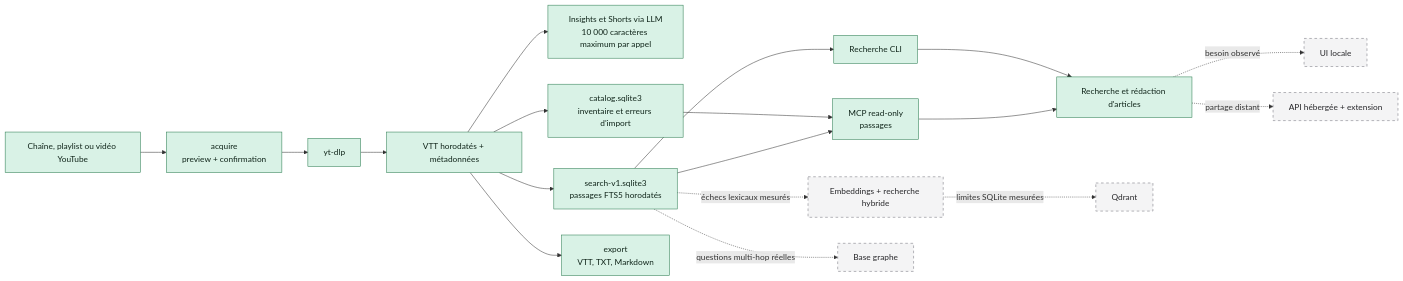
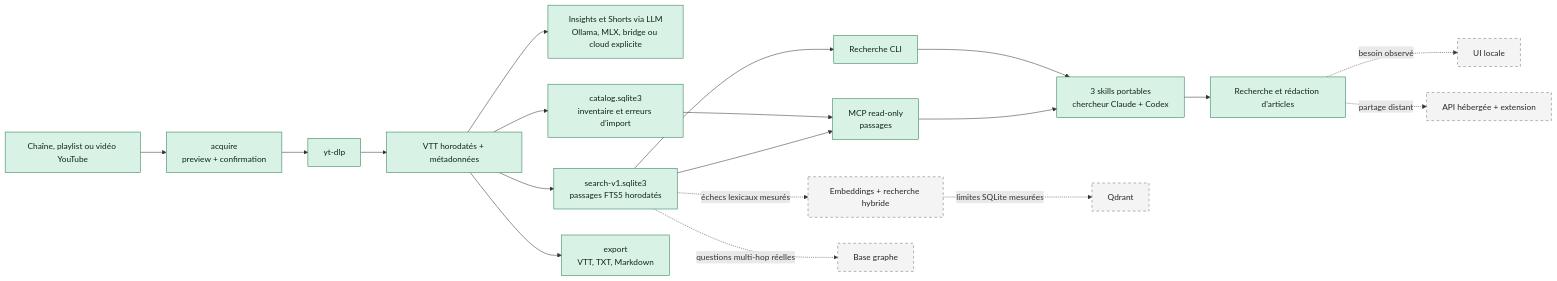
Before and after one commit to FlorianBruniaux/youtube-video-insights: the diagram in docs/IMPLEMENTATION-STATUS.md, drawn with Mermaid. The commit also changed other lines of this file and 9 other files, not shown here.

````diff
--- a/docs/IMPLEMENTATION-STATUS.md
+++ b/docs/IMPLEMENTATION-STATUS.md
@@ -19,28 +19,29 @@
 ```mermaid
 flowchart LR
     YT[Chaîne, playlist ou vidéo YouTube] --> ACQ[acquire<br/>preview + confirmation]
     ACQ --> DL[yt-dlp]
     DL --> VTT[VTT horodatés + métadonnées]
 
-    VTT --> LLM[Insights et Shorts via LLM<br/>10 000 caractères maximum par appel]
+    VTT --> LLM[Insights et Shorts via LLM<br/>Ollama, MLX, bridge ou cloud explicite]
     VTT --> CAT[catalog.sqlite3<br/>inventaire et erreurs d'import]
     VTT --> IDX[search-v1.sqlite3<br/>passages FTS5 horodatés]
 
     VTT --> EXP[export<br/>VTT, TXT, Markdown]
     IDX --> CLI[Recherche CLI]
     CAT --> MCP[MCP read-only<br/>corpus + vidéos]
     IDX --> MCP[MCP read-only<br/>passages]
-    CLI --> ARTICLE[Recherche et rédaction d'articles]
-    MCP --> ARTICLE
+    CLI --> AGENTS[3 skills portables<br/>chercheur Claude + Codex]
+    MCP --> AGENTS
+    AGENTS --> ARTICLE[Recherche et rédaction d'articles]
 
     ARTICLE -. besoin observé .-> UI[UI locale]
     ARTICLE -. partage distant .-> HOST[API hébergée + extension]
     IDX -. échecs lexicaux mesurés .-> HYBRID[Embeddings + recherche hybride]
     HYBRID -. limites SQLite mesurées .-> QDRANT[Qdrant]
     IDX -. questions multi-hop réelles .-> GRAPH[Base graphe]
 
     classDef done fill:#d9f2e6,stroke:#287a4d,color:#10251a;
     classDef later fill:#f4f4f5,stroke:#71717a,color:#27272a,stroke-dasharray: 5 5;
-    class YT,ACQ,DL,VTT,LLM,CAT,IDX,EXP,CLI,MCP,ARTICLE done;
+    class YT,ACQ,DL,VTT,LLM,CAT,IDX,EXP,CLI,MCP,AGENTS,ARTICLE done;
     class UI,HOST,HYBRID,QDRANT,GRAPH later;
 ```
````
